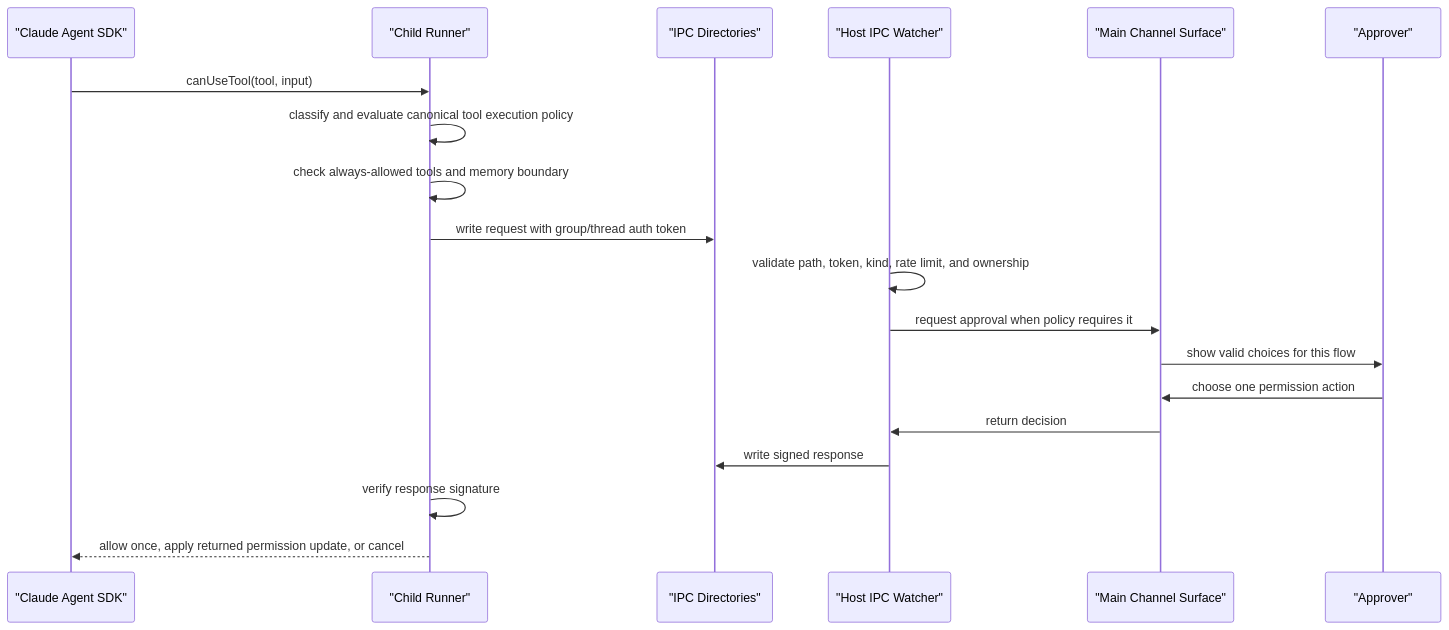
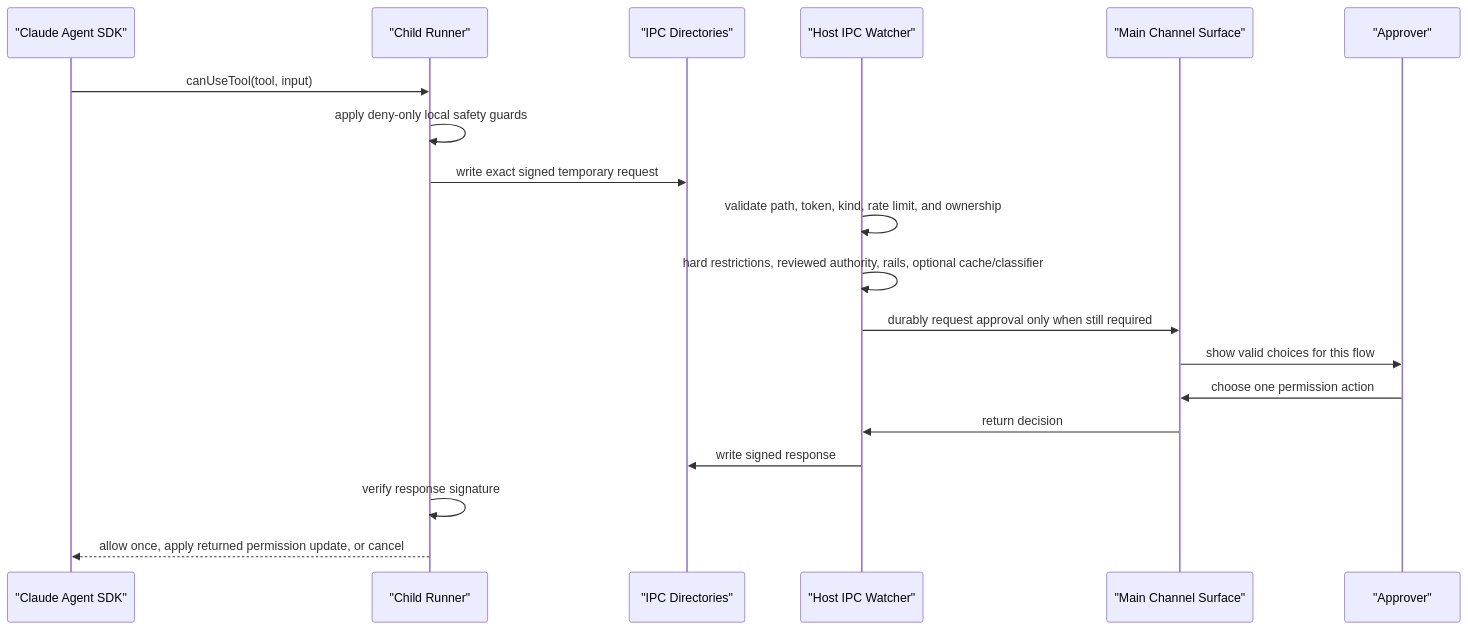
One commit to knacklabs/gantry changed the second of 2 diagrams in docs/architecture/runtime-components.md. Above: the diagram before and after it, drawn with Mermaid. The commit also changed other lines of this file and 32 other files, not shown here.

````diff
--- a/docs/architecture/runtime-components.md
+++ b/docs/architecture/runtime-components.md
@@ -233,22 +246,22 @@
 ```mermaid
 sequenceDiagram
   participant Agent as "Claude Agent SDK"
   participant Runner as "Child Runner"
   participant Dir as "IPC Directories"
   participant Host as "Host IPC Watcher"
   participant Main as "Main Channel Surface"
   participant User as "Approver"
 
   Agent->>Runner: canUseTool(tool, input)
-  Runner->>Runner: classify and evaluate canonical tool execution policy
-  Runner->>Runner: check always-allowed tools and memory boundary
-  Runner->>Dir: write request with group/thread auth token
+  Runner->>Runner: apply deny-only local safety guards
+  Runner->>Dir: write exact signed temporary request
   Host->>Host: validate path, token, kind, rate limit, and ownership
-  Host->>Main: request approval when policy requires it
+  Host->>Host: hard restrictions, reviewed authority, rails, optional cache/classifier
+  Host->>Main: durably request approval only when still required
   Main->>User: show valid choices for this flow
   User->>Main: choose one permission action
   Main->>Host: return decision
   Host->>Dir: write signed response
   Runner->>Runner: verify response signature
   Runner-->>Agent: allow once, apply returned permission update, or cancel
 ```
````
